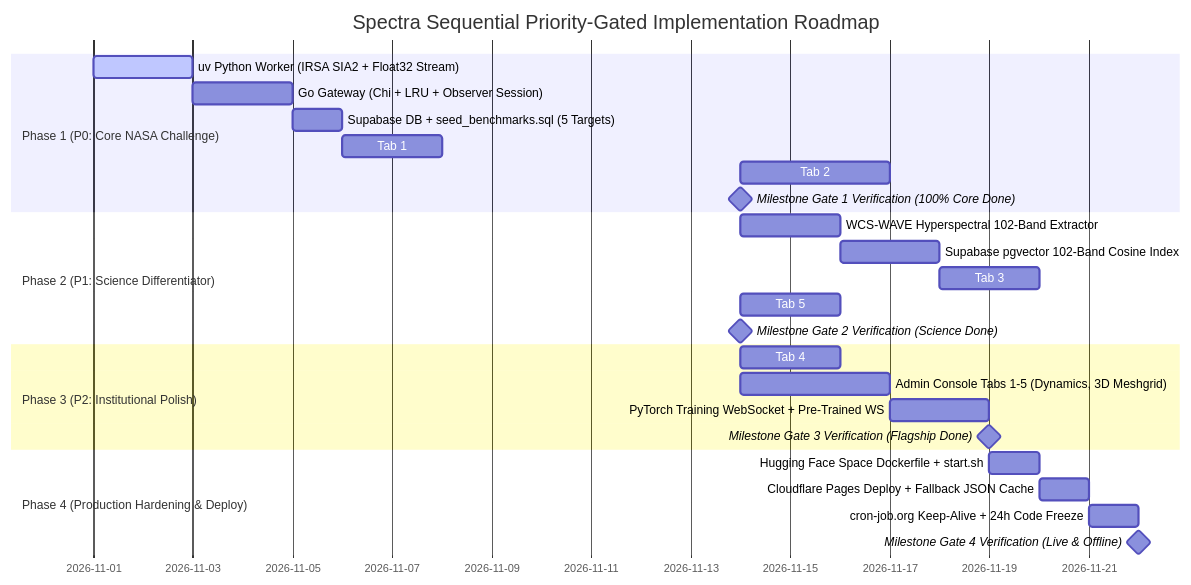
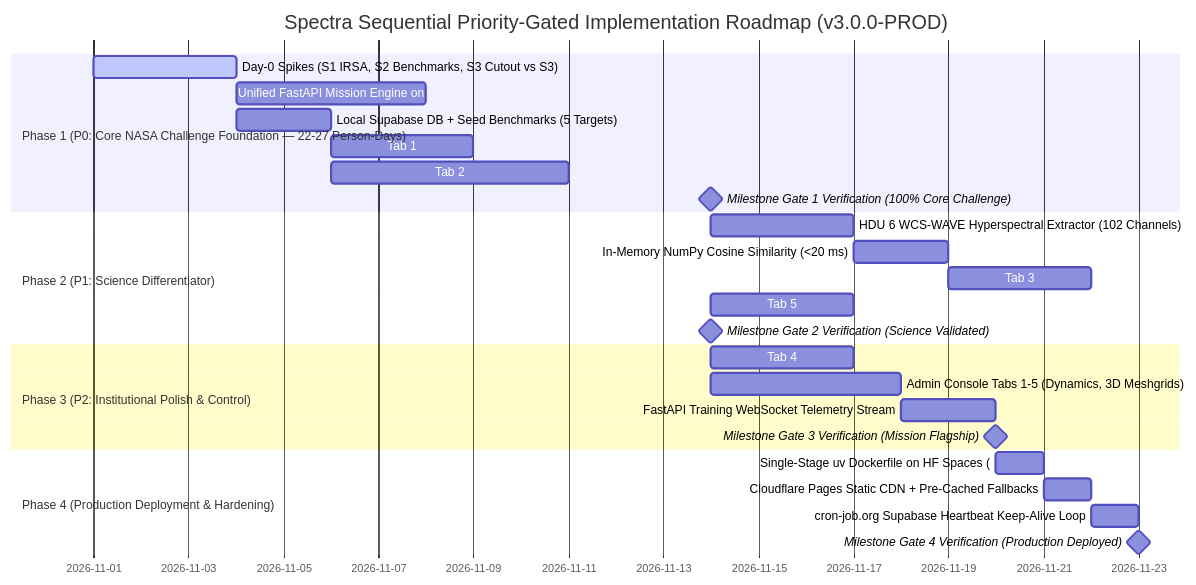
Before and after one commit to Amonochuka/Spectra: the fourth of 5 diagrams in SPECIFICATION.md, drawn with Mermaid. The commit also changed other lines of this file and 1 other file, not shown here.

Commit message:
docs: master reconciliation of specification v3.0.0-PROD (single FastAPI engine)

````diff
--- a/SPECIFICATION.md
+++ b/SPECIFICATION.md
@@ -2102,28 +1956,28 @@
 ```mermaid
 gantt
-    title Spectra Sequential Priority-Gated Implementation Roadmap
+    title Spectra Sequential Priority-Gated Implementation Roadmap (v3.0.0-PROD)
     dateFormat  YYYY-MM-DD
-    section Phase 1 (P0: Core NASA Challenge)
-    uv Python Worker (IRSA SIA2 + Float32 Stream)  :active, p1_1, 2026-11-01, 2d
-    Go Gateway (Chi + LRU + Observer Session)     :p1_2, after p1_1, 2d
-    Supabase DB + seed_benchmarks.sql (5 Targets) :p1_3, after p1_2, 1d
-    Tab 1: Aladin Lite v3 WebGL2 Dome & Dive      :p1_4, after p1_3, 2d
-    Tab 2: WebGL2 Blinker + Diff + Asinh Shader   :p1_5, after p1_4, 3d
-    Milestone Gate 1 Verification (100% Core Done):milestone, m1, after p1_5, 0d
+    section Phase 1 (P0: Core NASA Challenge Foundation — 22-27 Person-Days)
+    Day-0 Spikes (S1 IRSA, S2 Benchmarks, S3 Cutout vs S3):active, p0_spike, 2026-11-01, 3d
+    Unified FastAPI Mission Engine on :7860 (uv + asyncpg):p1_1, after p0_spike, 4d
+    Local Supabase DB + Seed Benchmarks (5 Targets)       :p1_2, after p1_1, 2d
+    Tab 1: Aladin Lite v3 WebGL2 Celestial Navigator      :p1_3, after p1_2, 3d
+    Tab 2: Float32 WebGL2 Comparator + Asinh + Diff Mode  :p1_4, after p1_3, 5d
+    Milestone Gate 1 Verification (100% Core Challenge)   :milestone, m1, after p1_4, 0d
     section Phase 2 (P1: Science Differentiator)
-    WCS-WAVE Hyperspectral 102-Band Extractor     :p2_1, after m1, 2d
-    Supabase pgvector 102-Band Cosine Index       :p2_2, after p2_1, 2d
-    Tab 3: 102-Band Spectrophotometer (uPlot 60fps):p2_3, after p2_2, 2d
-    Tab 5: Discussion Forum + Supabase Realtime   :p2_4, after p2_3, 2d
-    Milestone Gate 2 Verification (Science Done)  :milestone, m2, after p2_4, 0d
-    section Phase 3 (P2: Institutional Polish)
-    Tab 4: Molecular & Ice Studio + Column Dens   :p3_1, after m2, 2d
-    Admin Console Tabs 1-5 (Dynamics, 3D Meshgrid):p3_2, after p3_1, 3d
-    PyTorch Training WebSocket + Pre-Trained WS   :p3_3, after p3_2, 2d
-    Milestone Gate 3 Verification (Flagship Done) :milestone, m3, after p3_3, 0d
-    section Phase 4 (Production Hardening & Deploy)
-    Hugging Face Space Dockerfile + start.sh      :p4_1, after m3, 1d
-    Cloudflare Pages Deploy + Fallback JSON Cache :p4_2, after p4_1, 1d
-    cron-job.org Keep-Alive + 24h Code Freeze     :p4_3, after p4_2, 1d
-    Milestone Gate 4 Verification (Live & Offline):milestone, m4, after p4_3, 0d
+    HDU 6 WCS-WAVE Hyperspectral Extractor (102 Channels) :p2_1, after m1, 3d
+    In-Memory NumPy Cosine Similarity (<20 ms)            :p2_2, after p2_1, 2d
+    Tab 3: Spectrophotometric Lab (uPlot 60 FPS)          :p2_3, after p2_2, 3d
+    Tab 5: Observation Discussions + FastAPI SSE Feed     :p2_4, after p2_3, 3d
+    Milestone Gate 2 Verification (Science Validated)     :milestone, m2, after p2_4, 0d
+    section Phase 3 (P2: Institutional Polish & Control)
+    Tab 4: Point-Source Ice Studio (SPLICES A-Values)     :p3_1, after m2, 3d
+    Admin Console Tabs 1-5 (Dynamics, 3D Meshgrids)       :p3_2, after p3_1, 4d
+    FastAPI Training WebSocket Telemetry Stream           :p3_3, after p3_2, 2d
+    Milestone Gate 3 Verification (Mission Flagship)      :milestone, m3, after p3_3, 0d
+    section Phase 4 (Production Deployment & Hardening)
+    Single-Stage uv Dockerfile on HF Spaces (:7860)       :p4_1, after m3, 1d
+    Cloudflare Pages Static CDN + Pre-Cached Fallbacks    :p4_2, after p4_1, 1d
+    cron-job.org Supabase Heartbeat Keep-Alive Loop       :p4_3, after p4_2, 1d
+    Milestone Gate 4 Verification (Production Deployed)   :milestone, m4, after p4_3, 0d
 ```
````
